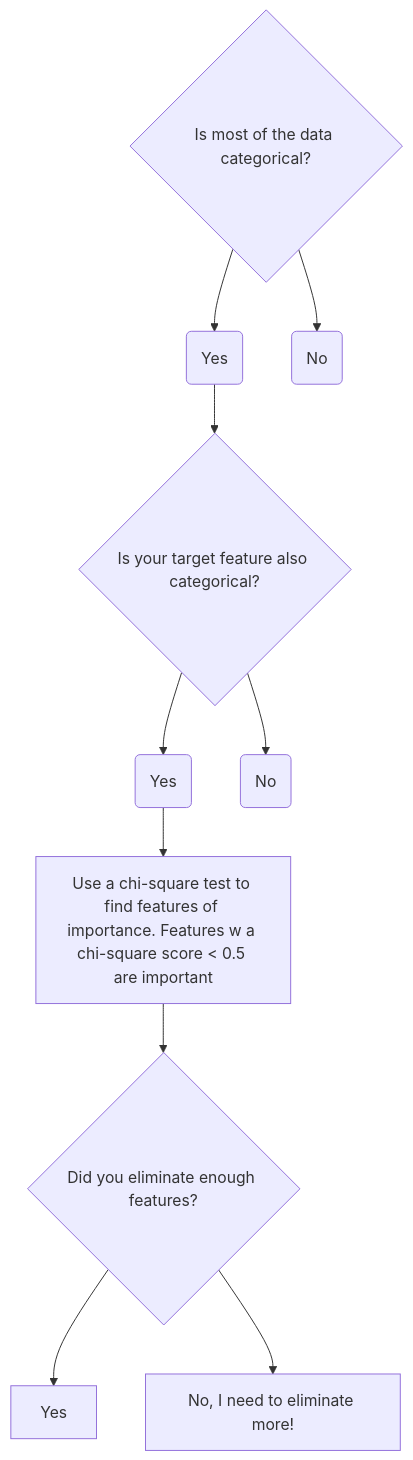
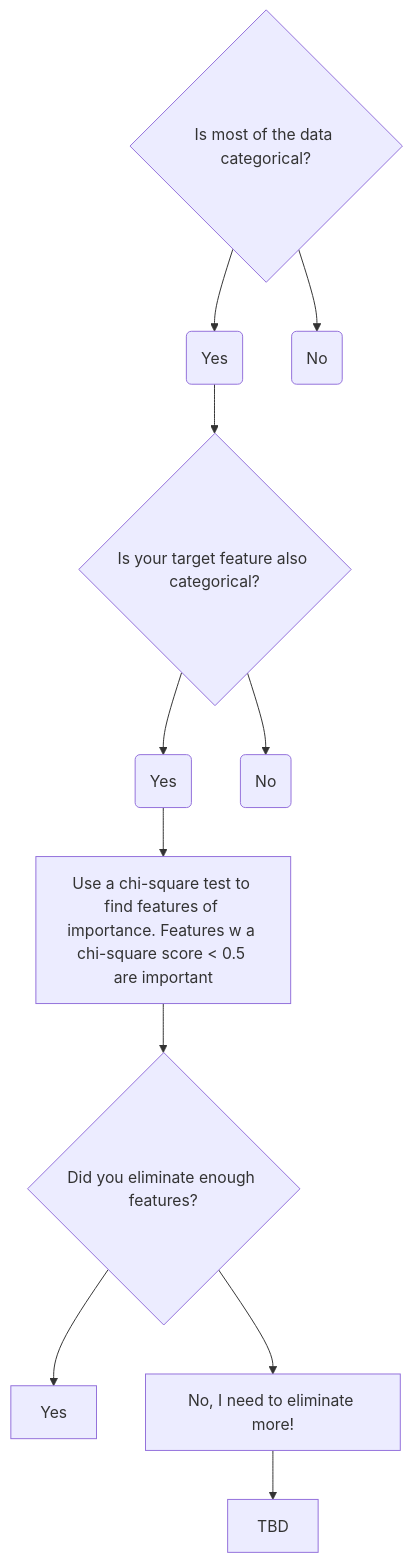
One commit to bigtoga/Examples changed the diagram in AI + ML + Predictive Analytics/Decision making in Data Science.md. Above: the diagram before and after it, drawn with Mermaid.

Commit message:
Update Decision making in Data Science.md

````diff
--- a/AI + ML + Predictive Analytics/Decision making in Data Science.md
+++ b/AI + ML + Predictive Analytics/Decision making in Data Science.md
@@ -17,13 +17,14 @@
 ``` mermaid
 graph TD;
   q1{Is most of the data categorical?}
   q1-->q1Yes(Yes);
   q1Yes-->q2{Is your target feature also categorical?}
   q2-->q2Yes(Yes)
   q2-->q2No(No)
   q2Yes-->q2Done[Use a chi-square test to find features of importance. Features w a chi-square score < 0.5 are important]
   q2Done-->q3{Did you eliminate enough features?}
   q3-->q3Yes[Yes]
   q3-->q3No[No, I need to eliminate more!]
+  q3No-->q3Done[TBD]
   q1-->q1No(No);
 ```
````
